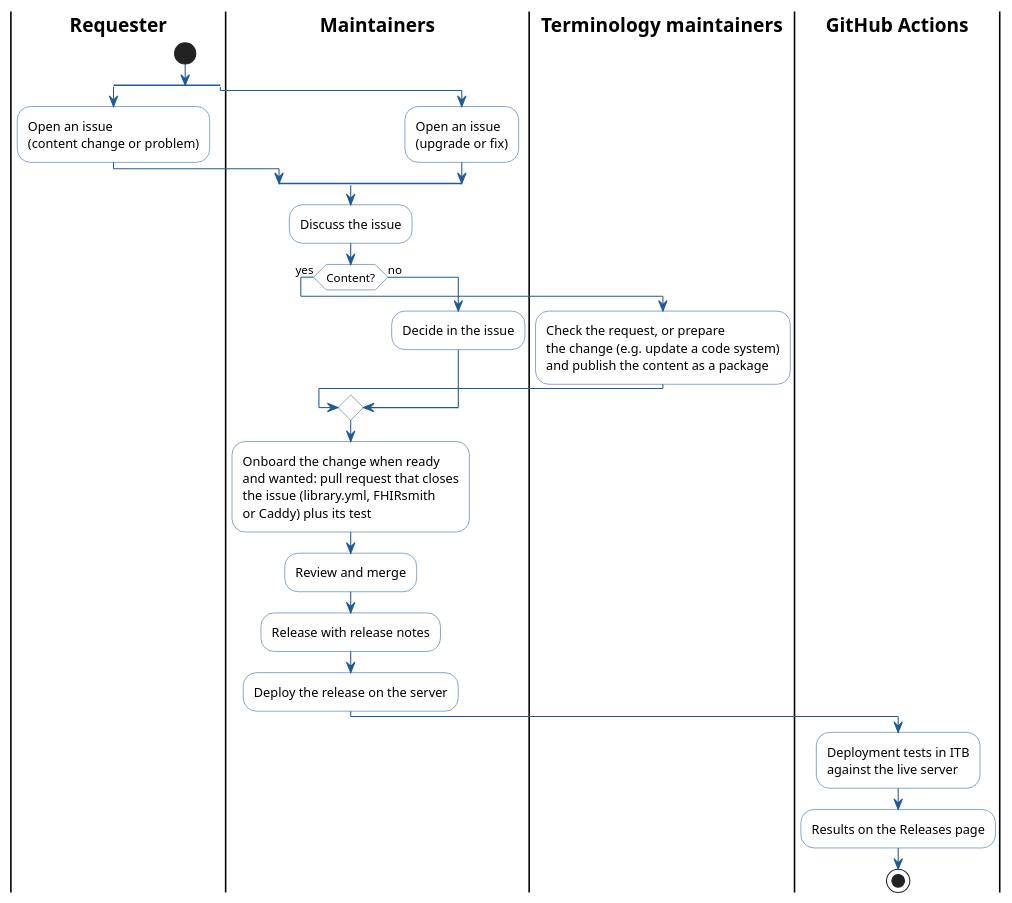
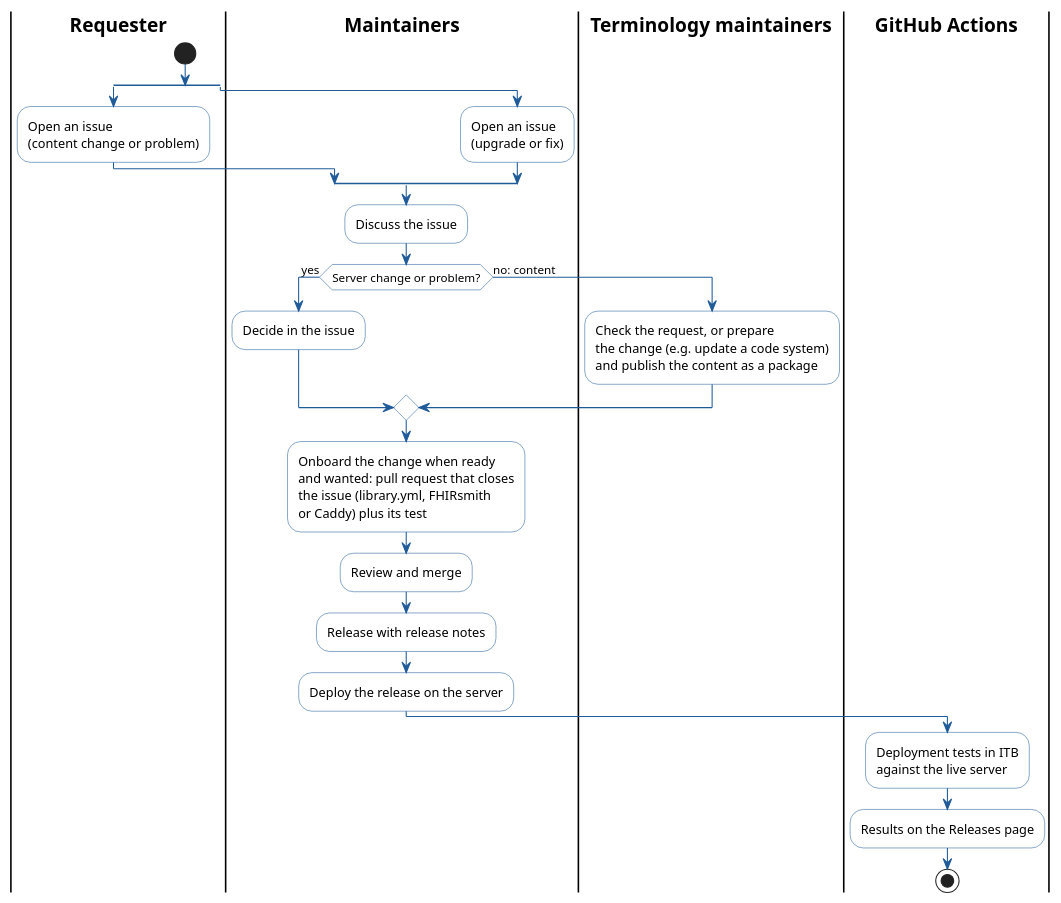
One commit to hl7-eu/tx.hl7europe.eu changed the diagram in docs/index.md. Above: the diagram before and after it, drawn with PlantUML.

Commit message:
Home diagram: branch so the arrows do not cross
Ask "Server change or problem?": the maintainers' decision stays on the
left in their lane, content goes right to the terminology maintainers.

Refs #11

```diff
--- a/docs/index.md
+++ b/docs/index.md
@@ -25,45 +25,45 @@
 @startuml
 skinparam shadowing false
 skinparam defaultFontName Arial
 skinparam ActivityBackgroundColor #FFFFFF
 skinparam ActivityBorderColor #1F5B99
 skinparam ArrowColor #1F5B99
 skinparam SwimlaneTitleFontStyle bold
 |Requester|
 |Maintainers|
 |Terminology maintainers|
 |GitHub Actions|
 |Requester|
 start
 split
   :Open an issue
   (content change or problem);
 split again
   |Maintainers|
   :Open an issue
   (upgrade or fix);
 end split
 |Maintainers|
 :Discuss the issue;
-if (Content?) then (yes)
+if (Server change or problem?) then (yes)
+  :Decide in the issue;
+else (no: content)
   |Terminology maintainers|
   :Check the request, or prepare
   the change (e.g. update a code system)
   and publish the content as a package;
   |Maintainers|
-else (no)
-  :Decide in the issue;
 endif
 :Onboard the change when ready
 and wanted: pull request that closes
 the issue (library.yml, FHIRsmith
 or Caddy) plus its test;
 :Review and merge;
 :Release with release notes;
 :Deploy the release on the server;
 |GitHub Actions|
 :Deployment tests in ITB
 against the live server;
 :Results on the Releases page;
 stop
 @enduml
```
